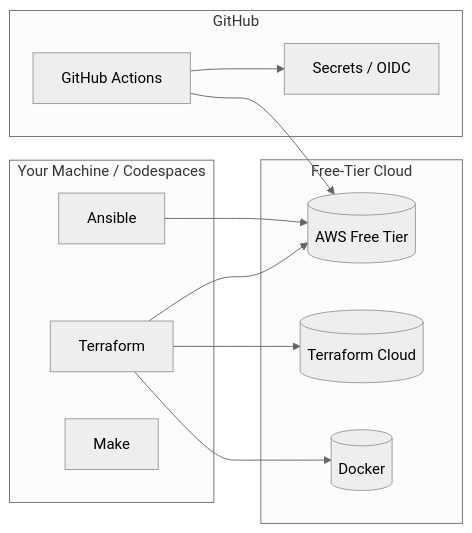
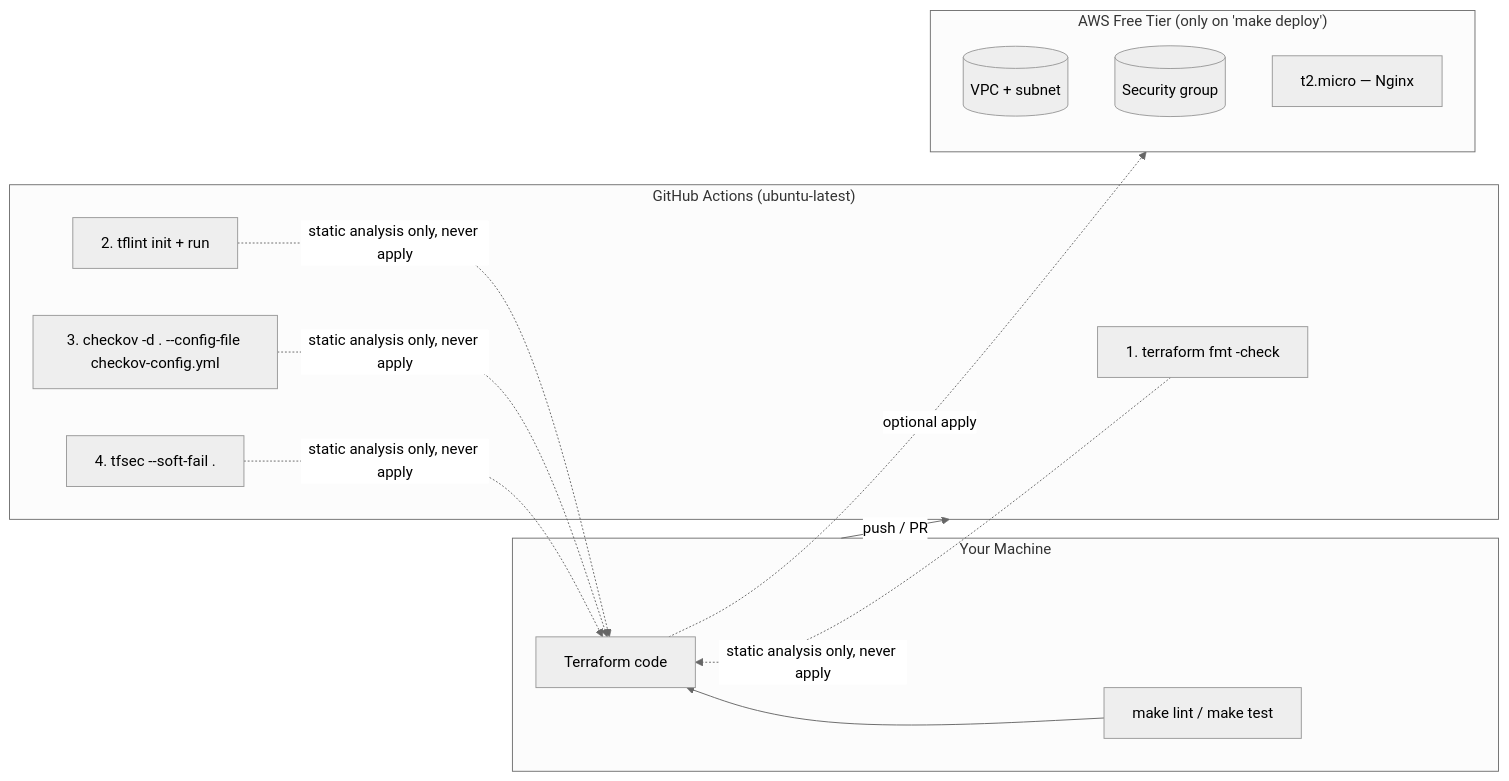
Before and after one commit to ayoub1elh/devops-labs-terraform-ansible: the diagram in README.md, drawn with Mermaid (neutral theme). The commit also changed other lines of this file, not shown here.

Commit message:
docs: add README with objectives, steps, and verification for lab-07-security-scanning

````diff
--- a/README.md
+++ b/README.md
@@ -82,23 +17,23 @@
 ```mermaid
 flowchart LR
-    subgraph Local["Your Machine / Codespaces"]
-        TF[Terraform]
-        AN[Ansible]
-        MK[Make]
+    subgraph Dev["Your Machine"]
+        TF[Terraform code]
+        MK["make lint / make test"]
     end
-    subgraph GitHub["GitHub"]
-        GA[GitHub Actions]
-        SEC[Secrets / OIDC]
+    subgraph GitHub["GitHub Actions (ubuntu-latest)"]
+        S1["1. terraform fmt -check"]
+        S2["2. tflint init + run"]
+        S3["3. checkov -d . --config-file checkov-config.yml"]
+        S4["4. tfsec --soft-fail ."]
     end
-    subgraph Cloud["Free-Tier Cloud"]
-        AWS[(AWS Free Tier)]
-        TFC[(Terraform Cloud)]
-        DK[(Docker)]
+    subgraph AWS["AWS Free Tier (only on 'make deploy')"]
+        VPC[(VPC + subnet)]
+        SG[(Security group)]
+        EC2["t2.micro — Nginx"]
     end
-    TF --> DK
-    TF --> AWS
-    TF --> TFC
-    AN --> AWS
-    GA --> SEC
-    GA --> AWS
+    Dev -- push / PR --> GitHub
+    Dev --> MK
+    MK --> TF
+    TF -. optional apply .-> AWS
+    S1 & S2 & S3 & S4 -. static analysis only, never apply .-> TF
 ```
````
